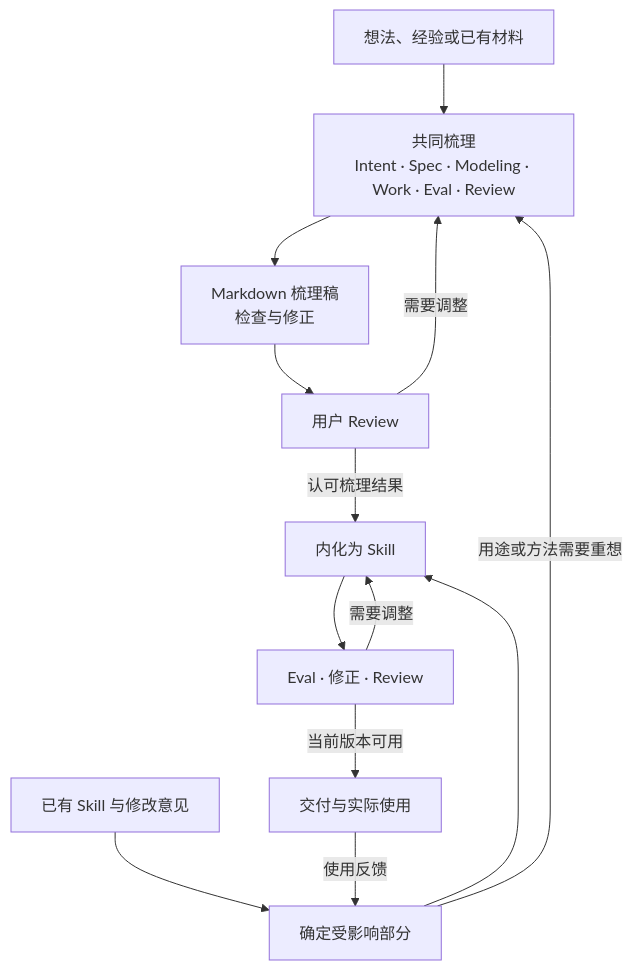
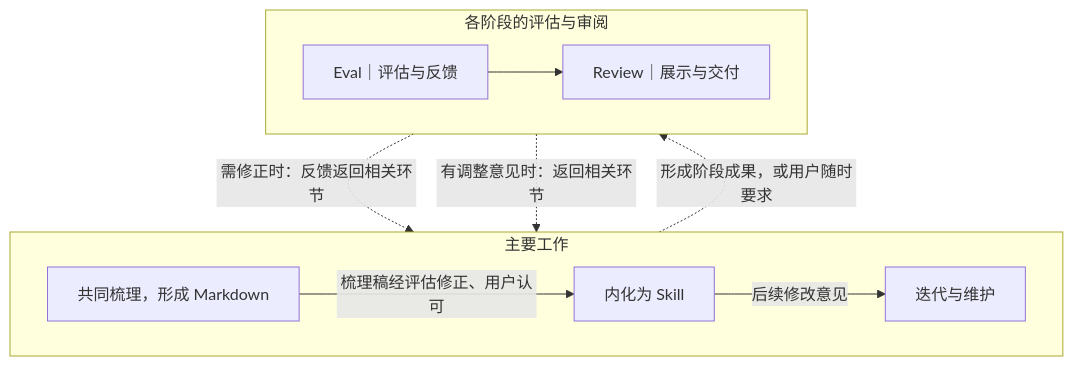
Before and after one commit to Super-DDD/daiyu-personal-skills: the diagram in thought-to-skill/SKILL.md, drawn with Mermaid. The commit also changed other lines of this file and 1 other file, not shown here.

Commit message:
fix(thought-to-skill): align model and make evaluation feedback explicit

````diff
--- a/thought-to-skill/SKILL.md
+++ b/thought-to-skill/SKILL.md
@@ -16,15 +16,15 @@
 ```mermaid
-flowchart TD
-    A["想法、经验或已有材料"] --> B["共同梳理<br/>Intent · Spec · Modeling · Work · Eval · Review"]
-    B --> C["Markdown 梳理稿<br/>检查与修正"]
-    C --> D["用户 Review"]
-    D -->|需要调整| B
-    D -->|认可梳理结果| E["内化为 Skill"]
-    E --> F["Eval · 修正 · Review"]
-    F -->|需要调整| E
-    F -->|当前版本可用| G["交付与实际使用"]
-    H["已有 Skill 与修改意见"] --> I["确定受影响部分"]
-    I --> E
-    I -->|用途或方法需要重想| B
-    G -->|使用反馈| I
+flowchart TB
+    subgraph W["主要工作"]
+        direction LR
+        A["共同梳理，形成 Markdown"] -->|"梳理稿经评估修正、用户认可"| B["内化为 Skill"]
+        B -->|"后续修改意见"| C["迭代与维护"]
+    end
+    subgraph Q["各阶段的评估与审阅"]
+        direction LR
+        E["Eval｜评估与反馈"] --> R["Review｜展示与交付"]
+    end
+    W -.->|"形成阶段成果，或用户随时要求"| Q
+    E -.->|"需修正时：反馈返回相关环节"| W
+    R -.->|"有调整意见时：返回相关环节"| W
 ```
````
